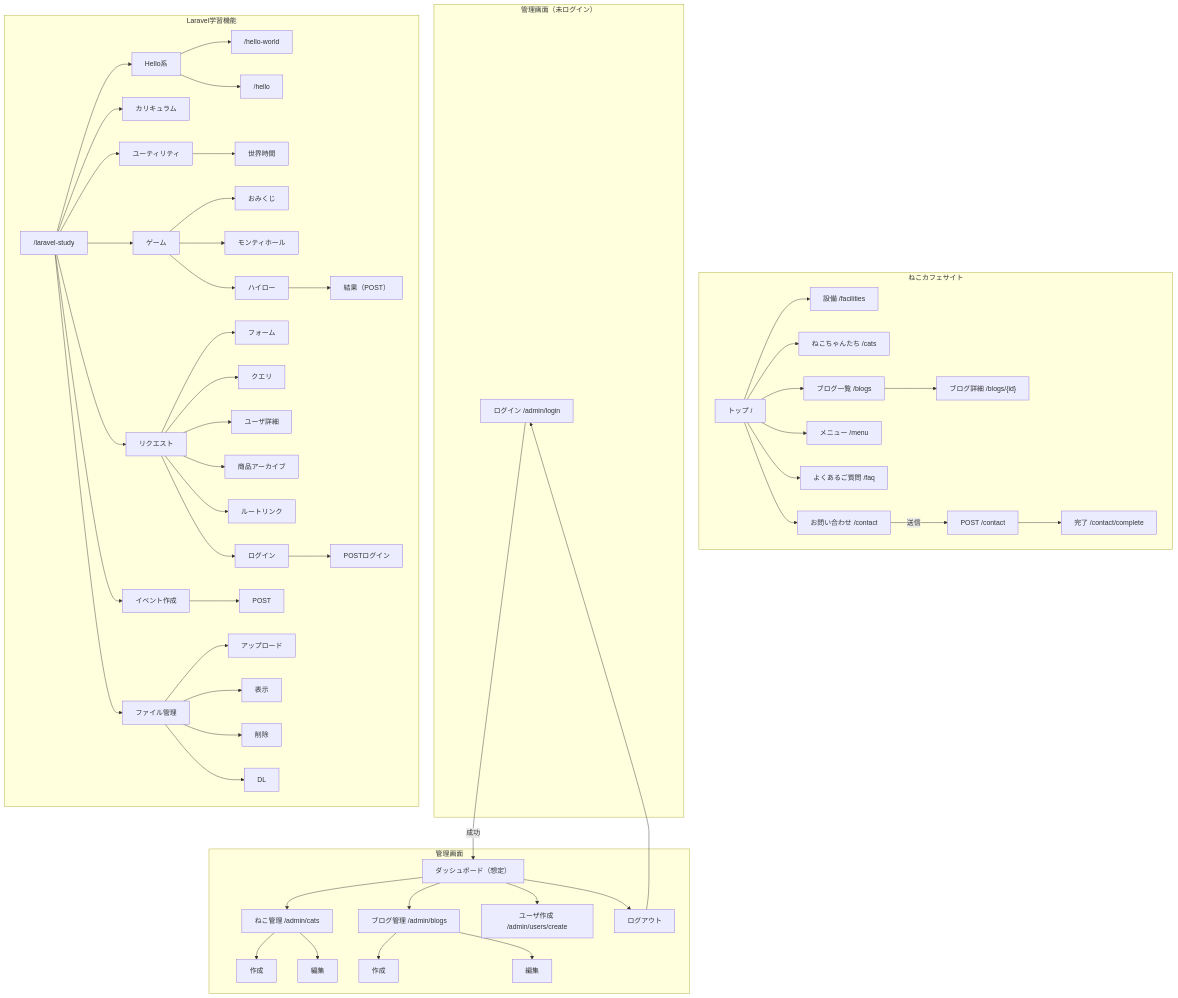
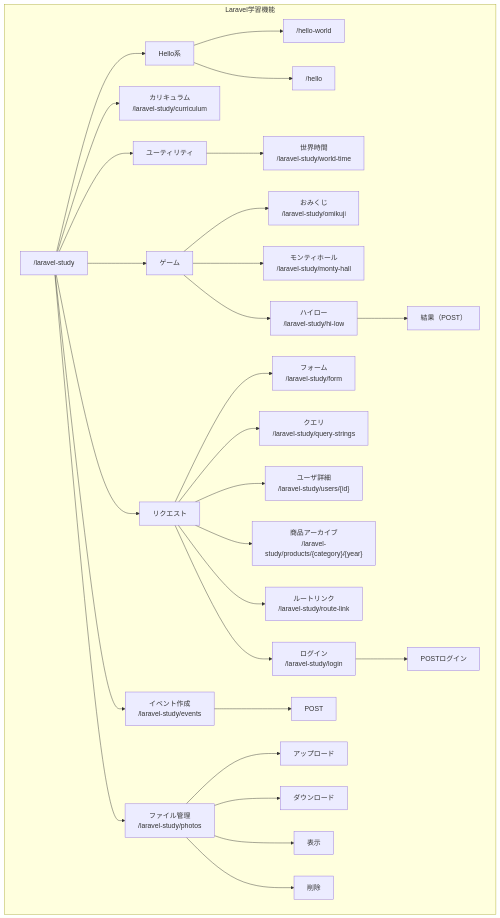
Before and after one commit to k-hondo/laravel-study: the third of 3 diagrams in docs/screen-transition.md, drawn with Mermaid.

Commit message:
docs: 画面遷移図の視認性改善

````diff
--- a/docs/screen-transition.md
+++ b/docs/screen-transition.md
@@ -1,50 +62,5 @@
 ```mermaid
 flowchart TD
-
-%% =========================
-%% フロント（ねこカフェ）
-%% =========================
-subgraph Front["ねこカフェサイト"]
-    TOP["トップ /"] --> FAC["設備 /facilities"]
-    TOP --> CAT["ねこちゃんたち /cats"]
-    TOP --> BLOG["ブログ一覧 /blogs"]
-    BLOG --> BLOG_DETAIL["ブログ詳細 /blogs/{id}"]
-    TOP --> MENU["メニュー /menu"]
-    TOP --> FAQ["よくあるご質問 /faq"]
-    TOP --> CONTACT["お問い合わせ /contact"]
-
-    CONTACT -->|送信| CONTACT_POST["POST /contact"]
-    CONTACT_POST --> CONTACT_DONE["完了 /contact/complete"]
-end
-
-%% =========================
-%% 管理画面（ログイン前）
-%% =========================
-subgraph Guest["管理画面（未ログイン）"]
-    LOGIN["ログイン /admin/login"]
-end
-
-%% =========================
-%% 管理画面（ログイン後）
-%% =========================
-subgraph Admin["管理画面"]
-    DASH["ダッシュボード（想定）"]
-
-    DASH --> ADMIN_CAT["ねこ管理 /admin/cats"]
-    ADMIN_CAT --> CAT_CREATE["作成"]
-    ADMIN_CAT --> CAT_EDIT["編集"]
-
-    DASH --> ADMIN_BLOG["ブログ管理 /admin/blogs"]
-    ADMIN_BLOG --> BLOG_CREATE["作成"]
-    ADMIN_BLOG --> BLOG_EDIT["編集"]
-
-    DASH --> USER_CREATE["ユーザ作成 /admin/users/create"]
-
-    DASH --> LOGOUT["ログアウト"]
-end
-
-LOGIN -->|成功| DASH
-LOGOUT --> LOGIN
 
 %% =========================
 %% Laravel学習
@@ -56,33 +72,33 @@
     HELLO --> HELLO1["/hello-world"]
     HELLO --> HELLO2["/hello"]
 
-    STUDY_TOP --> CURRICULUM["カリキュラム"]
+    STUDY_TOP --> CURRICULUM["カリキュラム<br>/laravel-study/curriculum"]
 
     STUDY_TOP --> UTILITY["ユーティリティ"]
-    UTILITY --> WORLD_TIME["世界時間"]
+    UTILITY --> WORLD_TIME["世界時間<br>/laravel-study/world-time"]
 
     STUDY_TOP --> GAME["ゲーム"]
-    GAME --> OMIKUJI["おみくじ"]
-    GAME --> MONTY["モンティホール"]
-    GAME --> HILOW["ハイロー"]
+    GAME --> OMIKUJI["おみくじ<br>/laravel-study/omikuji"]
+    GAME --> MONTY["モンティホール<br>/laravel-study/monty-hall"]
+    GAME --> HILOW["ハイロー<br>/laravel-study/hi-low"]
     HILOW --> HILOW_RESULT["結果（POST）"]
 
     STUDY_TOP --> REQUEST["リクエスト"]
-    REQUEST --> FORM["フォーム"]
-    REQUEST --> QUERY["クエリ"]
-    REQUEST --> PROFILE["ユーザ詳細"]
-    REQUEST --> PRODUCT["商品アーカイブ"]
-    REQUEST --> ROUTE_LINK["ルートリンク"]
-    REQUEST --> LOGIN_FORM["ログイン"]
+    REQUEST --> FORM["フォーム<br>/laravel-study/form"]
+    REQUEST --> QUERY["クエリ<br>/laravel-study/query-strings"]
+    REQUEST --> PROFILE["ユーザ詳細<br>/laravel-study/users/{id}"]
+    REQUEST --> PRODUCT["商品アーカイブ<br>/laravel-study/products/{category}/{year}"]
+    REQUEST --> ROUTE_LINK["ルートリンク<br>/laravel-study/route-link"]
+    REQUEST --> LOGIN_FORM["ログイン<br>/laravel-study/login"]
     LOGIN_FORM --> LOGIN_EXEC["POSTログイン"]
 
-    STUDY_TOP --> EVENT["イベント作成"]
+    STUDY_TOP --> EVENT["イベント作成<br>/laravel-study/events"]
     EVENT --> EVENT_STORE["POST"]
 
-    STUDY_TOP --> FILE["ファイル管理"]
+    STUDY_TOP --> FILE["ファイル管理<br>/laravel-study/photos"]
     FILE --> PHOTO_CREATE["アップロード"]
+    FILE --> PHOTO_DOWNLOAD["ダウンロード"]
     FILE --> PHOTO_SHOW["表示"]
     FILE --> PHOTO_DELETE["削除"]
-    FILE --> PHOTO_DOWNLOAD["DL"]
 end
 ```
````
